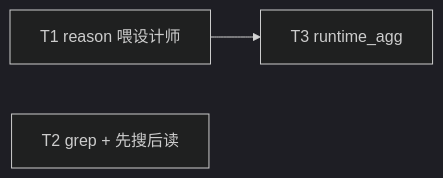
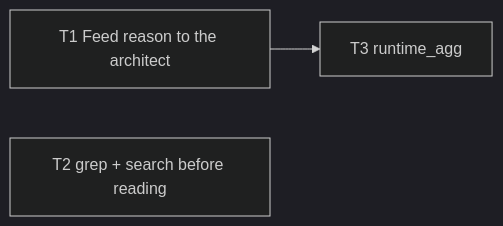
The diagram in docs/specs/0016-architect-rootcause-signal.md (Curry09/AHE-Beta), drawn with Mermaid (dark theme) before and after one commit. The commit also changed other lines of this file and 531 other files, not shown here.

````diff
--- a/docs/specs/0016-architect-rootcause-signal.md
+++ b/docs/specs/0016-architect-rootcause-signal.md
@@ -95,7 +95,7 @@
 ```mermaid
 graph LR
-  T1[T1 reason 喂设计师]
-  T2[T2 grep + 先搜后读]
+  T1[T1 Feed reason to the architect]
+  T2[T2 grep + search before reading]
   T3[T3 runtime_agg]
   T1 --> T3
 ```
````
